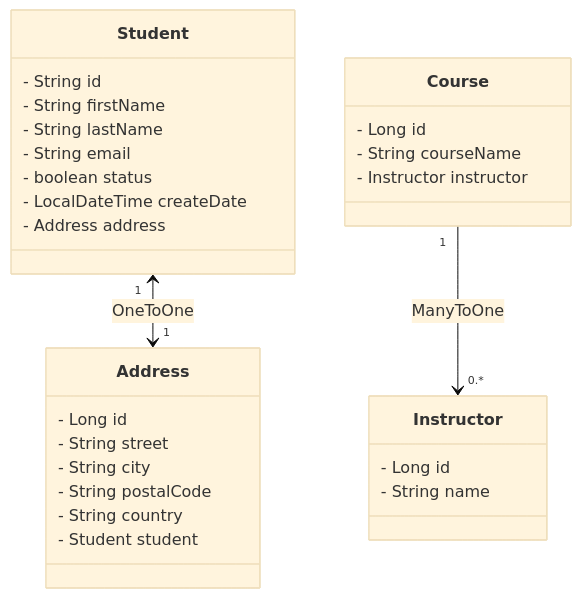
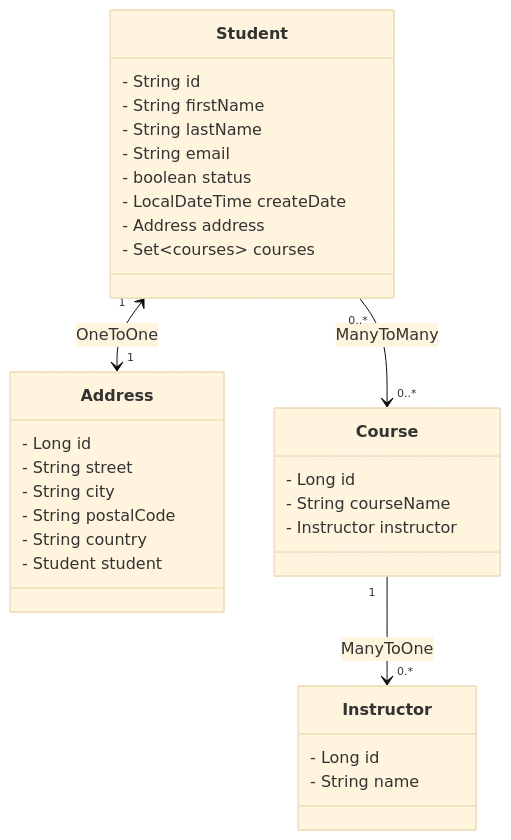
The diagram in Class Diagram - Mermaid.md (SimonElbrink/G56-Lecture-Spring-Boot-JPA), drawn with Mermaid (base theme) before and after one commit. The commit also changed 4 other files, not shown here.

Commit message:
ManyToMany Relationship Student > Course

`````diff
--- a/Class Diagram - Mermaid.md
+++ b/Class Diagram - Mermaid.md
@@ -1,37 +1,39 @@
 ````mermaid
 classDiagram
     class Student {
         - String id
         - String firstName
         - String lastName
         - String email
         - boolean status
         - LocalDateTime createDate
         - Address address
+        - Set~courses~ courses
     }
     
     class Address{
         - Long id
         - String street
         - String city
         - String postalCode
         - String country
         - Student student
     }
 
     class Course {
         - Long id
         - String courseName
         - Instructor instructor
     }
 
     class Instructor {
         - Long id
         - String name
     }
     
     Student "1" <--> "1" Address: OneToOne
     Course "1" --> "0.*" Instructor : ManyToOne
+    Student "0..*" --> "0..*" Course : ManyToMany
     
 
 ````
`````
